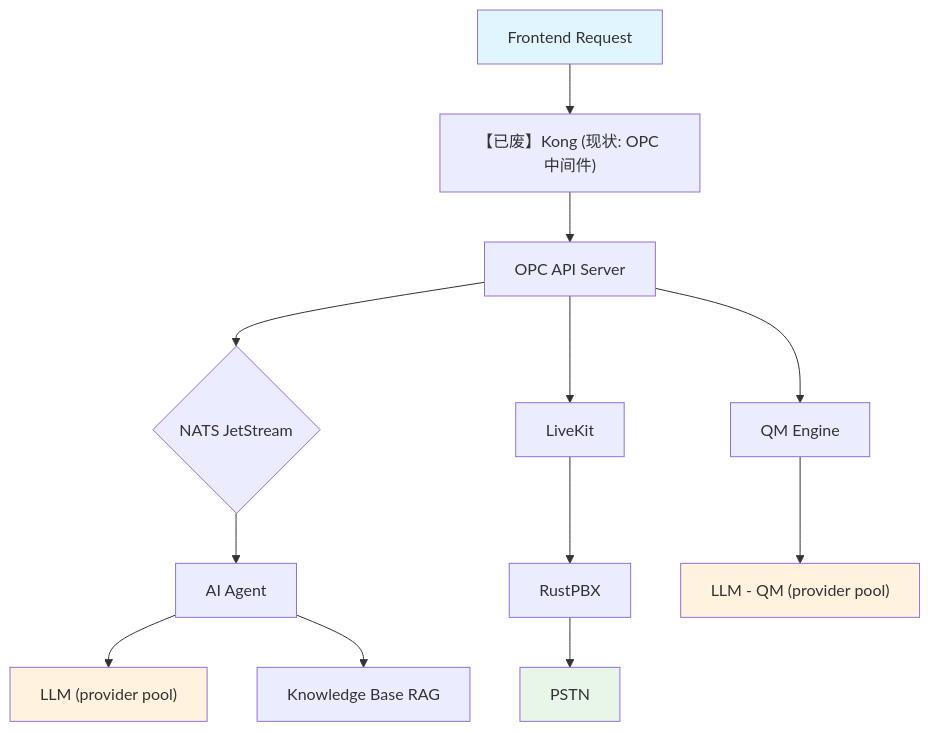
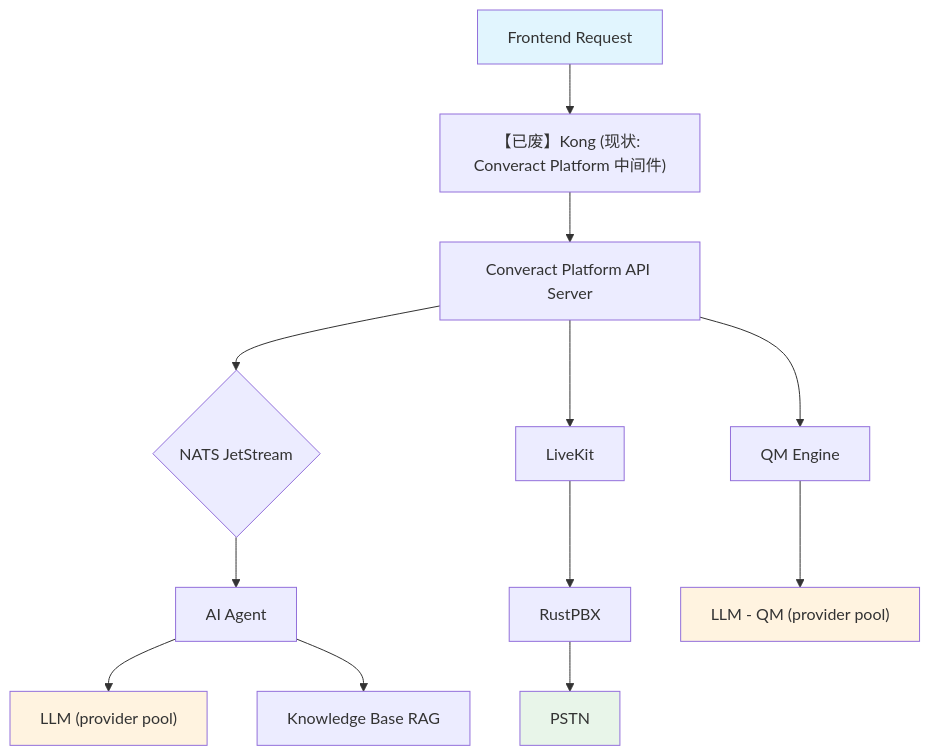
One commit to songgoldenwind-crypto/converact-platform changed the third of 3 diagrams in docs/design/metrics-design.md. Above: the diagram before and after it, drawn with Mermaid. The commit also changed other lines of this file and 1807 other files, not shown here.

````diff
--- a/docs/design/metrics-design.md
+++ b/docs/design/metrics-design.md
@@ -379,19 +379,19 @@
 ```mermaid
 graph TD
-    A[Frontend Request] --> B["【已废】Kong (现状: OPC 中间件)"]
-    B --> C[OPC API Server]
+    A[Frontend Request] --> B["【已废】Kong (现状: Converact Platform 中间件)"]
+    B --> C[Converact Platform API Server]
     C --> D{NATS JetStream}
     D --> E[AI Agent]
     E --> F["LLM (provider pool)"]
     E --> G[Knowledge Base RAG]
     C --> H[LiveKit]
     H --> I[RustPBX]
     I --> J[PSTN]
     C --> K[QM Engine]
     K --> L["LLM - QM (provider pool)"]
 
     style A fill:#e1f5fe
     style F fill:#fff3e0
     style J fill:#e8f5e9
     style L fill:#fff3e0
 ```
````
